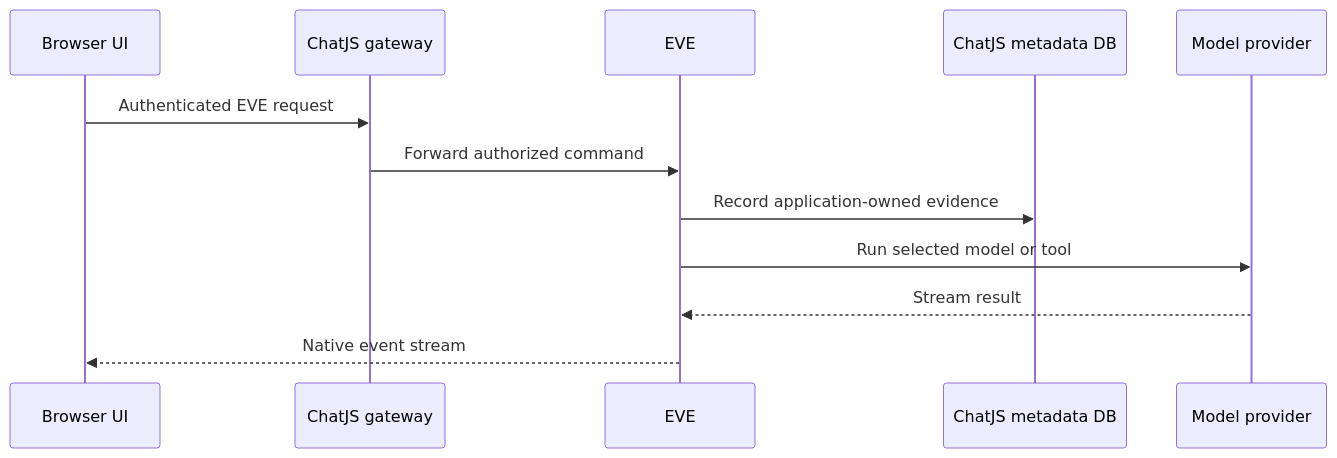
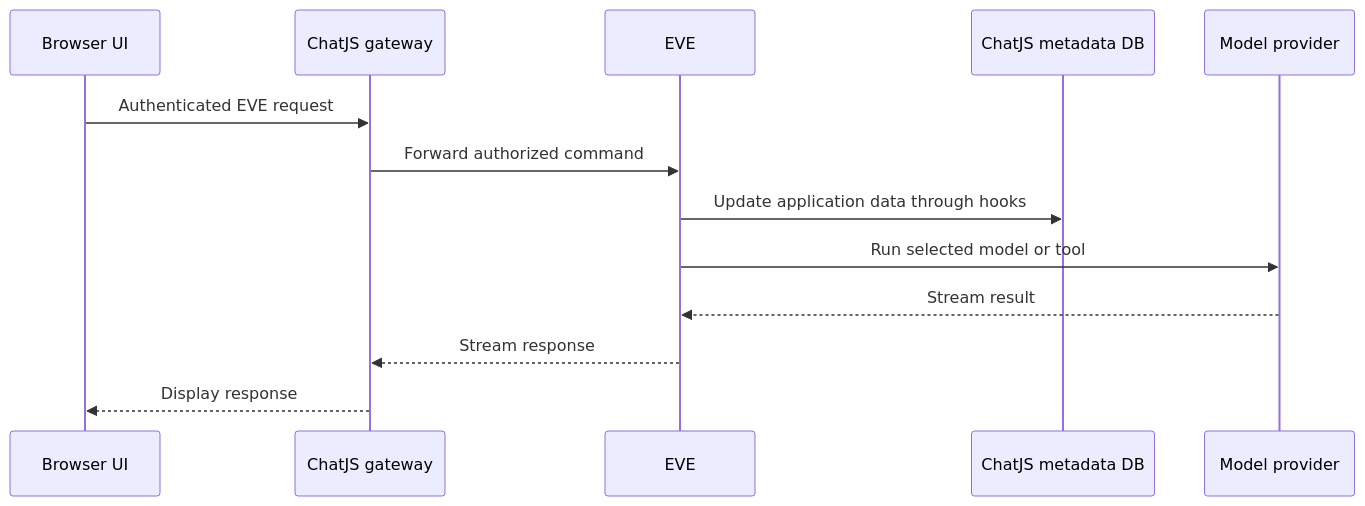
The second of 2 diagrams in apps/docs/core/architecture.mdx (FranciscoMoretti/chat-js), drawn with Mermaid before and after one commit. The commit also changed other lines of this file and 8 other files, not shown here.

Commit message:
docs: align setup and architecture with EVE runtime

````diff
--- a/apps/docs/core/architecture.mdx
+++ b/apps/docs/core/architecture.mdx
@@ -31,14 +29,15 @@
 ```mermaid
 sequenceDiagram
     participant UI as Browser UI
     participant Gateway as ChatJS gateway
     participant Eve as EVE
     participant DB as ChatJS metadata DB
     participant AI as Model provider
     UI->>Gateway: Authenticated EVE request
     Gateway->>Eve: Forward authorized command
-    Eve->>DB: Record application-owned evidence
+    Eve->>DB: Update application data through hooks
     Eve->>AI: Run selected model or tool
     AI-->>Eve: Stream result
-    Eve-->>UI: Native event stream
+    Eve-->>Gateway: Stream response
+    Gateway-->>UI: Display response
 ```
````
